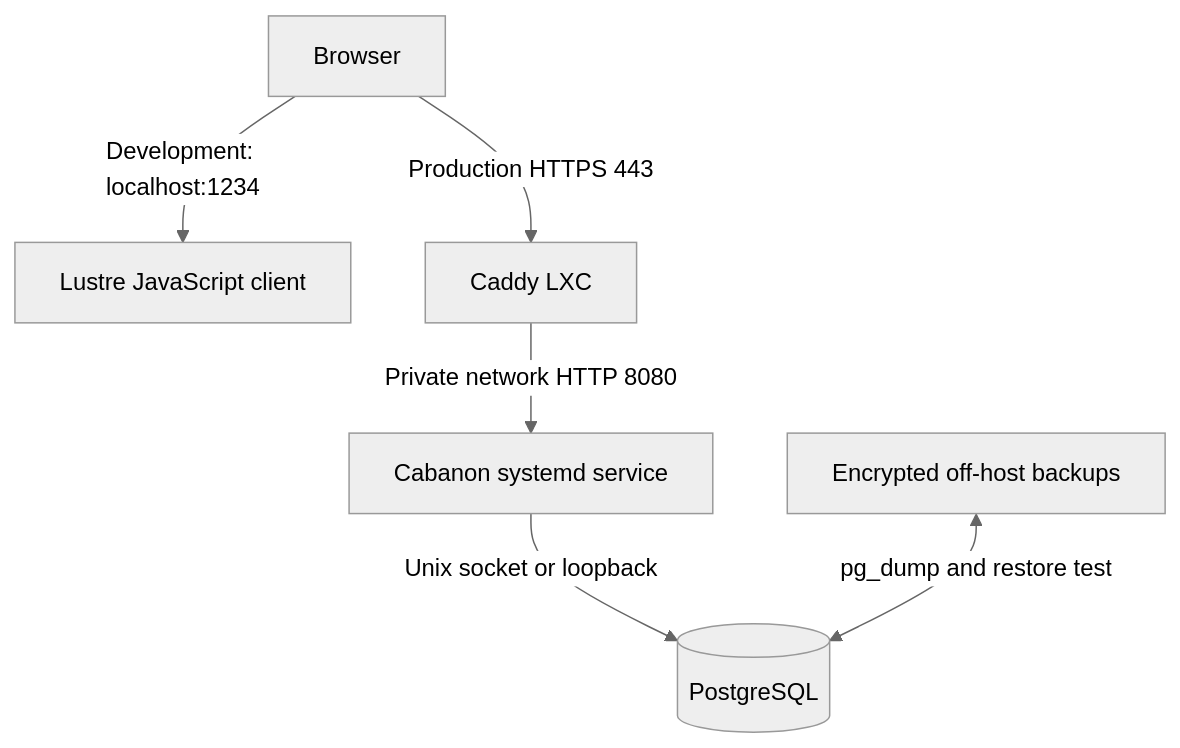
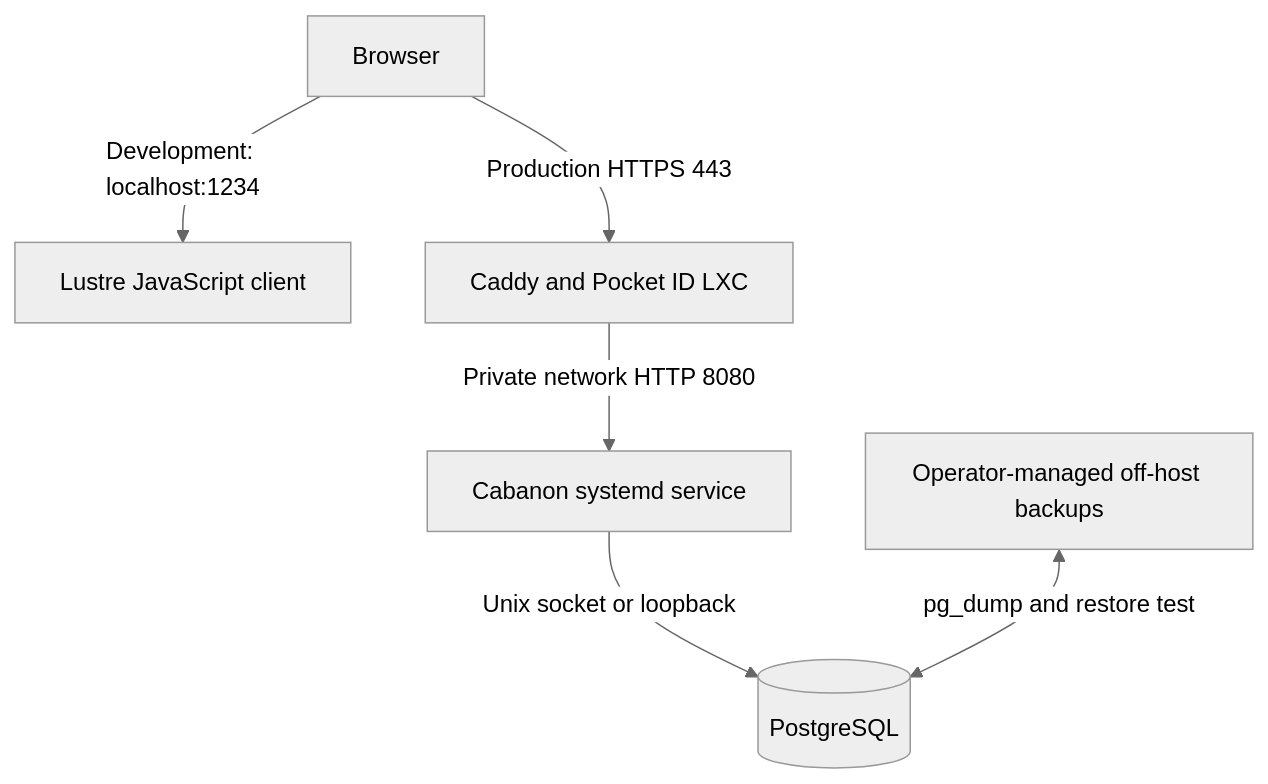
Before and after one commit to mazama923/cabanon: the diagram in docs/architecture.md, drawn with Mermaid (neutral theme). The commit also changed other lines of this file and 27 other files, not shown here.

First line of the commit message:
feat(infra): add Debian 13 release installer flow (#4)

````diff
--- a/docs/architecture.md
+++ b/docs/architecture.md
@@ -11,8 +11,8 @@
 ```mermaid
 flowchart TD
     Browser[Browser] -->|Development: localhost:1234| Client[Lustre JavaScript client]
-    Browser -->|Production HTTPS 443| Caddy[Caddy LXC]
+    Browser -->|Production HTTPS 443| Caddy[Caddy and Pocket ID LXC]
     Caddy -->|Private network HTTP 8080| App[Cabanon systemd service]
     App -->|Unix socket or loopback| Db[(PostgreSQL)]
-    Backup[Encrypted off-host backups] <-->|pg_dump and restore test| Db
+    Backup[Operator-managed off-host backups] <-->|pg_dump and restore test| Db
 ```
````
